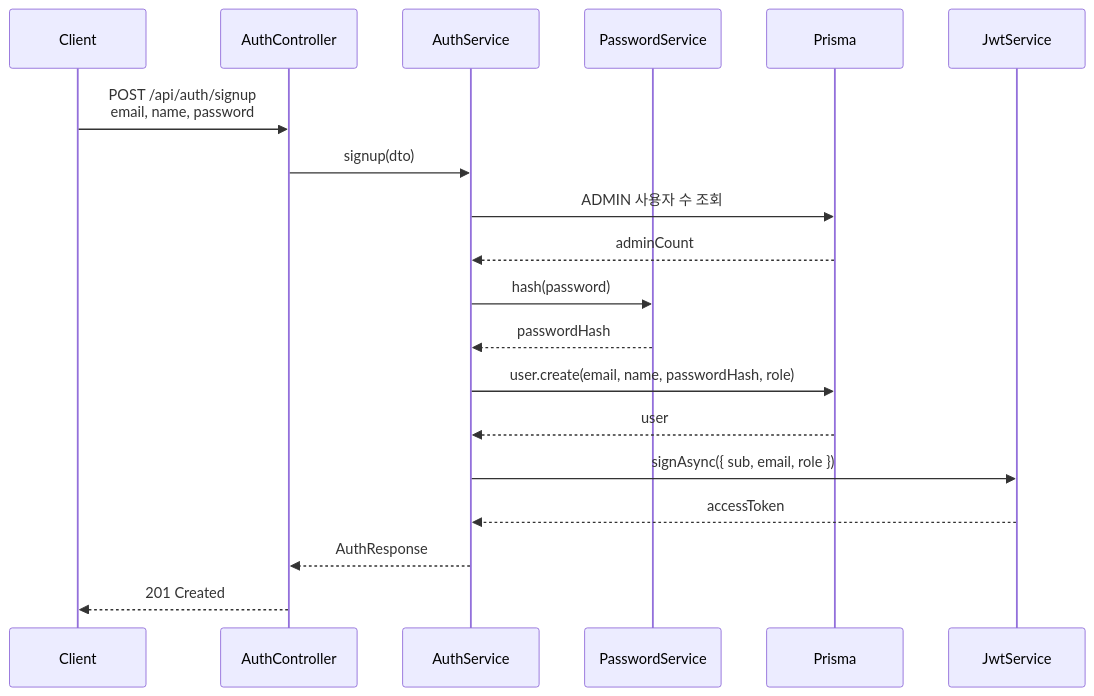
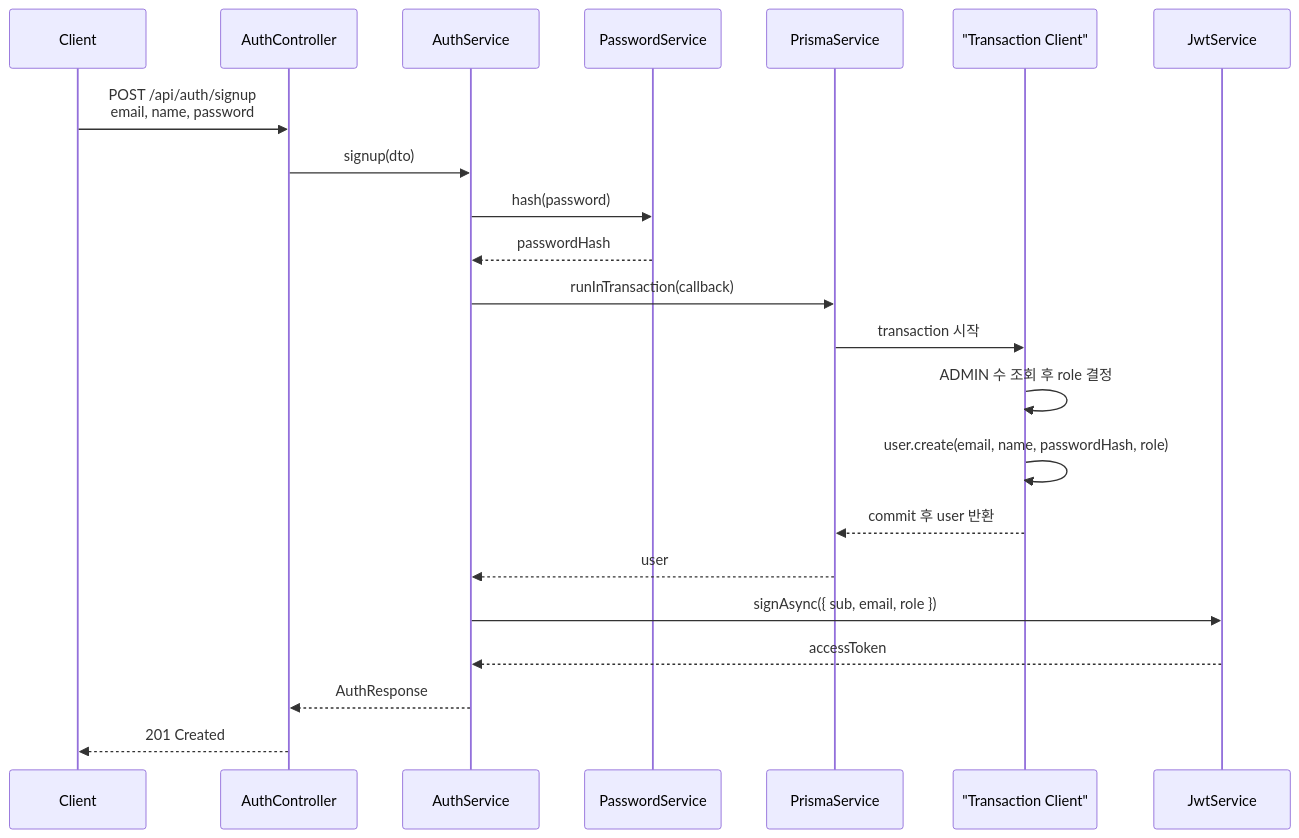
Before and after one commit to dev-minsoo/nestjs-modular-prisma-starter: the second of 4 diagrams in docs/nestjs-request-lifecycle.md, drawn with Mermaid. The commit also changed other lines of this file and 4 other files, not shown here.

````diff
--- a/docs/nestjs-request-lifecycle.md
+++ b/docs/nestjs-request-lifecycle.md
@@ -90,22 +90,25 @@
 ```mermaid
 sequenceDiagram
   participant Client
   participant AuthController
   participant AuthService
   participant PasswordService
-  participant Prisma
+  participant PrismaService
+  participant Tx as "Transaction Client"
   participant JwtService
 
   Client->>AuthController: POST /api/auth/signup<br/>email, name, password
   AuthController->>AuthService: signup(dto)
-  AuthService->>Prisma: ADMIN 사용자 수 조회
-  Prisma-->>AuthService: adminCount
   AuthService->>PasswordService: hash(password)
   PasswordService-->>AuthService: passwordHash
-  AuthService->>Prisma: user.create(email, name, passwordHash, role)
-  Prisma-->>AuthService: user
+  AuthService->>PrismaService: runInTransaction(callback)
+  PrismaService->>Tx: transaction 시작
+  Tx->>Tx: ADMIN 수 조회 후 role 결정
+  Tx->>Tx: user.create(email, name, passwordHash, role)
+  Tx-->>PrismaService: commit 후 user 반환
+  PrismaService-->>AuthService: user
   AuthService->>JwtService: signAsync({ sub, email, role })
   JwtService-->>AuthService: accessToken
   AuthService-->>AuthController: AuthResponse
   AuthController-->>Client: 201 Created
 ```
````
